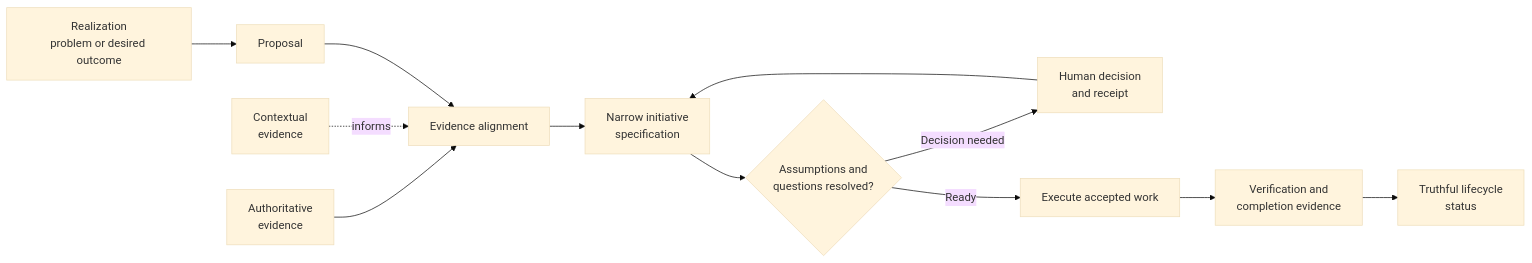
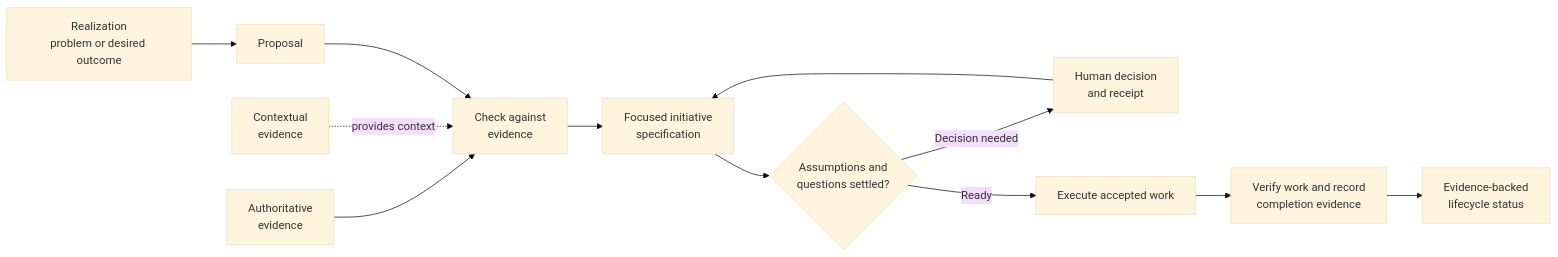
Before and after one commit to spkvfx/TADp: the first of 2 diagrams in README.md, drawn with Mermaid (base theme). The commit also changed other lines of this file and 1 other file, not shown here.

````diff
--- a/README.md
+++ b/README.md
@@ -34,14 +57,14 @@
 ```mermaid
 flowchart LR
     R["Realization<br/>problem or desired outcome"] --> P["Proposal"]
-    E["Authoritative<br/>evidence"] --> A["Evidence alignment"]
-    C["Contextual<br/>evidence"] -.->|informs| A
+    E["Authoritative<br/>evidence"] --> A["Check against<br/>evidence"]
+    C["Contextual<br/>evidence"] -.->|provides context| A
     P --> A
-    A --> I["Narrow initiative<br/>specification"]
-    I --> G{"Assumptions and<br/>questions resolved?"}
+    A --> I["Focused initiative<br/>specification"]
+    I --> G{"Assumptions and<br/>questions settled?"}
     G -->|Decision needed| D["Human decision<br/>and receipt"]
     D --> I
     G -->|Ready| X["Execute accepted work"]
-    X --> V["Verification and<br/>completion evidence"]
-    V --> S["Truthful lifecycle<br/>status"]
+    X --> V["Verify work and record<br/>completion evidence"]
+    V --> S["Evidence-backed<br/>lifecycle status"]
 ```
````
